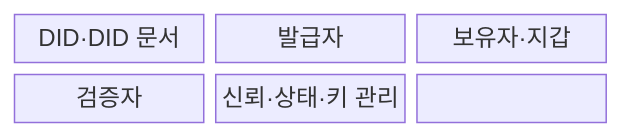
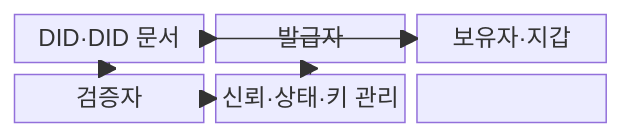
The first of 2 diagrams in src/content/docs/notes/05-security/066_did_ssi.md (agnusdei1207/knowledge-base), drawn with Mermaid before and after one commit. The commit also changed other lines of this file and 20 other files, not shown here.

````diff
--- a/src/content/docs/notes/05-security/066_did_ssi.md
+++ b/src/content/docs/notes/05-security/066_did_ssi.md
@@ -61,11 +65,15 @@
 ```mermaid
 block-beta
   columns 3
   A["DID·DID 문서"]
   B["발급자"]
   C["보유자·지갑"]
   D["검증자"]
   E["신뢰·상태·키 관리"]
-  A --- B --- C
-  C --- D --- E
+  B --> C --> D
+  A --> B
+  A --> C
+  A --> D
+  E --> B
+  E --> D
 ```
````
